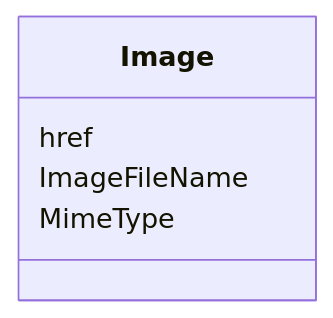
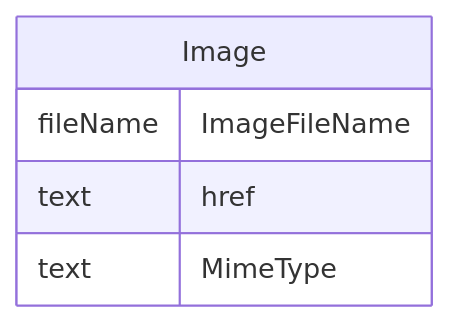
One commit to cdisc-org/DataExchange-ODM-LinkML changed the diagram in docs/Image.md. Above: the diagram before and after it, drawn with Mermaid. The commit also changed other lines of this file and 181 other files, not shown here.

Commit message:
ER diagrams working via templates and removing names with underscores

````diff
--- a/docs/Image.md
+++ b/docs/Image.md
@@ -14,11 +11,11 @@
 ```mermaid
- classDiagram
-    class Image
-      Image : href
-        
-      Image : ImageFileName
-        
-      Image : MimeType
-        
-      
+erDiagram
+Image {
+    fileName ImageFileName  
+    text href  
+    text MimeType  
+}
+
+
+
 ```
````
